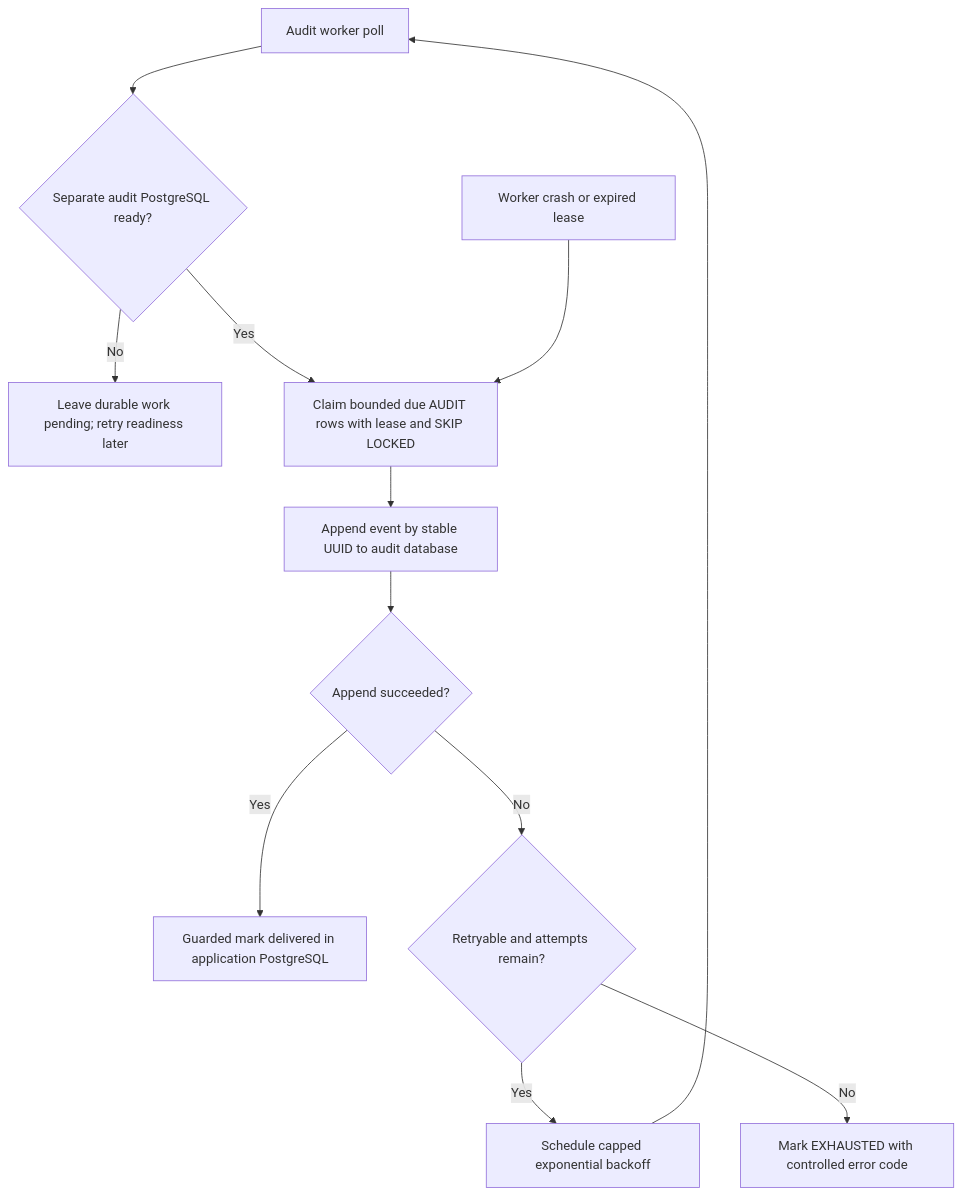
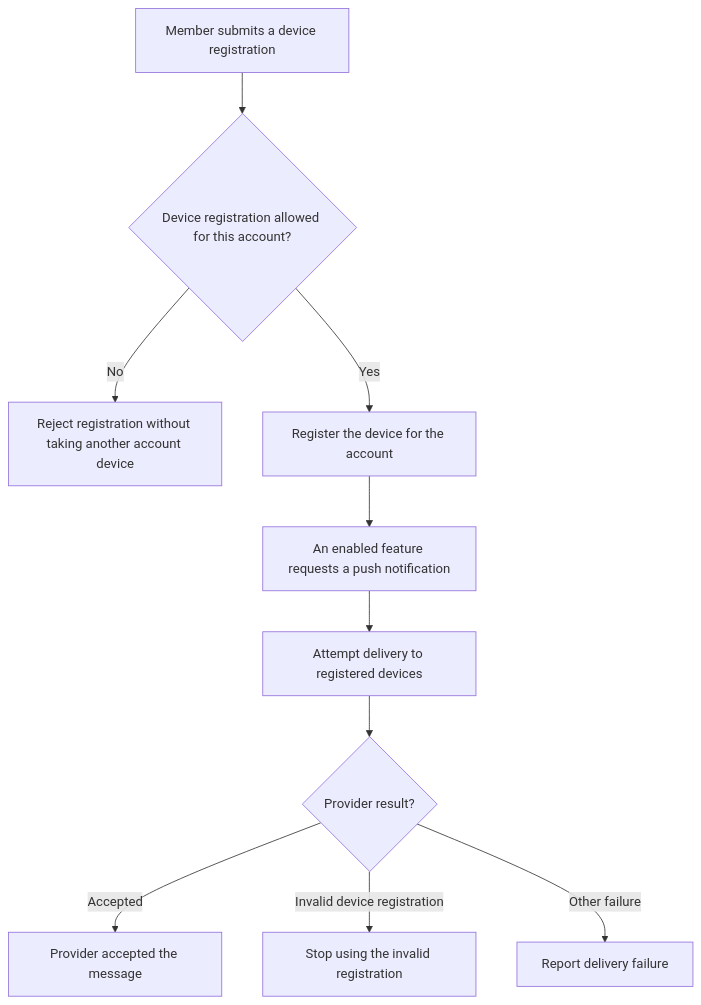
Diagram 12 of 12 in docs/workflows.md (younessFathi/auto-parto), drawn with Mermaid before and after one commit. The commit also changed other lines of this file and 2 other files, not shown here.

````diff
--- a/docs/workflows.md
+++ b/docs/workflows.md
@@ -519,14 +250,12 @@
 ```mermaid
 flowchart TD
-    TICK["Audit worker poll"] --> READY{"Separate audit PostgreSQL ready?"}
-    READY -->|No| WAIT["Leave durable work pending; retry readiness later"]
-    READY -->|Yes| CLAIM["Claim bounded due AUDIT rows with lease and SKIP LOCKED"]
-    CLAIM --> APPEND["Append event by stable UUID to audit database"]
-    APPEND --> OK{"Append succeeded?"}
-    OK -->|Yes| ACK["Guarded mark delivered in application PostgreSQL"]
-    OK -->|No| RETRY{"Retryable and attempts remain?"}
-    RETRY -->|Yes| BACKOFF["Schedule capped exponential backoff"]
-    RETRY -->|No| EXHAUST["Mark EXHAUSTED with controlled error code"]
-    CRASH["Worker crash or expired lease"] --> CLAIM
-    BACKOFF --> TICK
+    A["Member submits a device registration"] --> B{"Device registration allowed for this account?"}
+    B -->|No| C["Reject registration without taking another account device"]
+    B -->|Yes| D["Register the device for the account"]
+    D --> E["An enabled feature requests a push notification"]
+    E --> F["Attempt delivery to registered devices"]
+    F --> G{"Provider result?"}
+    G -->|Accepted| H["Provider accepted the message"]
+    G -->|Invalid device registration| I["Stop using the invalid registration"]
+    G -->|Other failure| J["Report delivery failure"]
 ```
````
